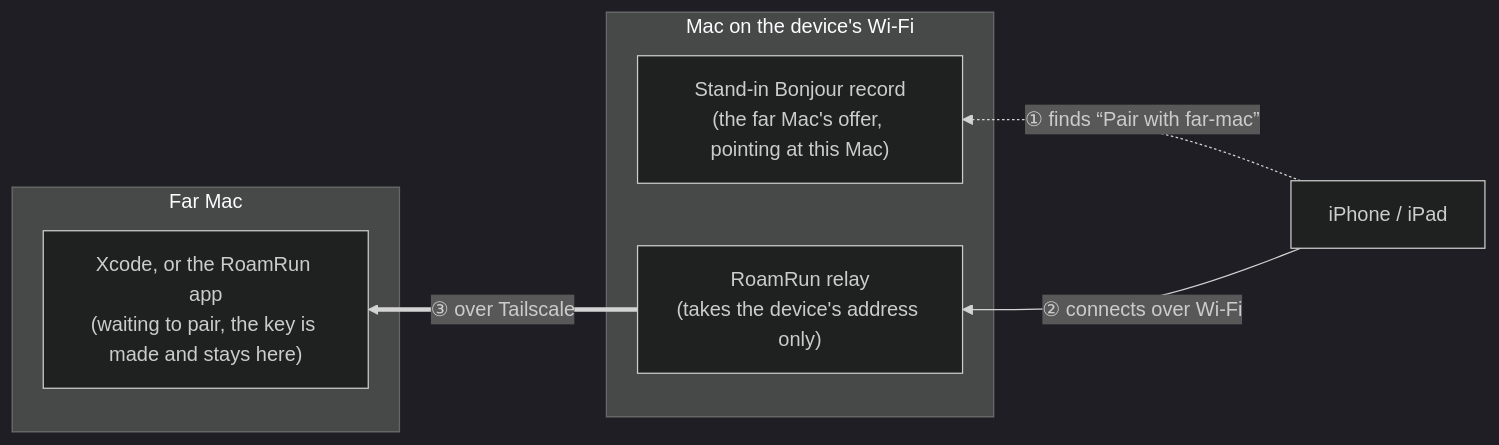
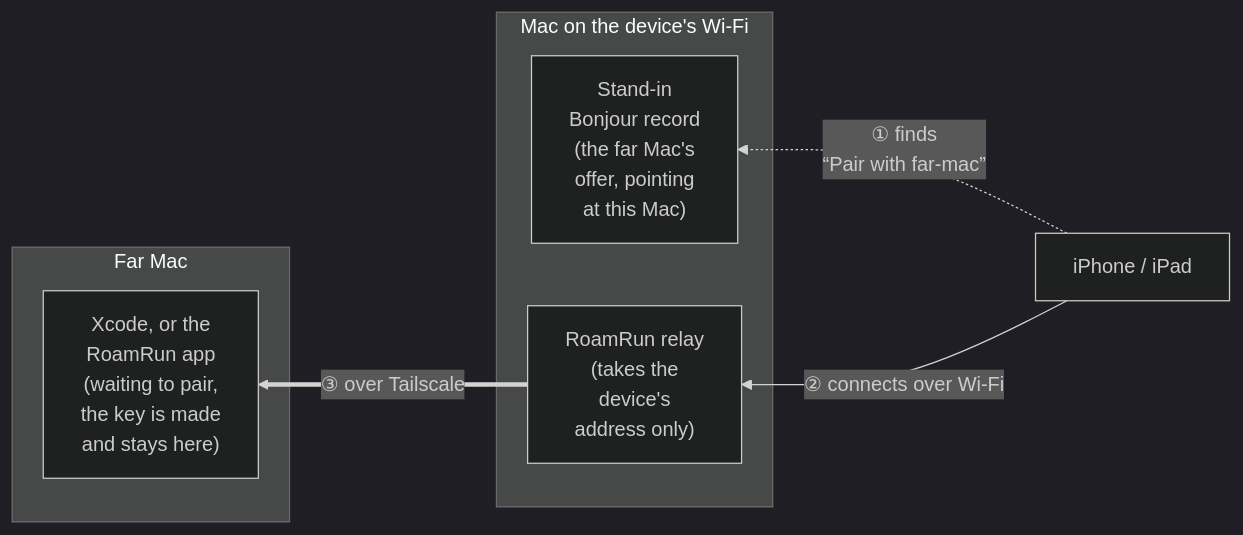
One commit to mh-mobile/RoamRun changed the third of 3 diagrams in docs/how-it-works.md. Above: the diagram before and after it, drawn with Mermaid (dark theme). The commit also changed 1 other file, not shown here.

Commit message:
docs/how-it-works: the far-Mac diagram's labels fit their boxes on GitHub
The same words, with line breaks.

````diff
--- a/docs/how-it-works.md
+++ b/docs/how-it-works.md
@@ -105,14 +105,14 @@
 ```mermaid
 flowchart RL
   subgraph home["Mac on the device's Wi-Fi"]
-    fake["Stand-in Bonjour record<br/>(the far Mac's offer, pointing at this Mac)"]
-    relay["RoamRun relay<br/>(takes the device's address only)"]
+    fake["Stand-in<br/>Bonjour record<br/>(the far Mac's<br/>offer, pointing<br/>at this Mac)"]
+    relay["RoamRun relay<br/>(takes the<br/>device's<br/>address only)"]
   end
   subgraph far["Far Mac"]
-    host["Xcode, or the RoamRun app<br/>(waiting to pair, the key is made and stays here)"]
+    host["Xcode, or the<br/>RoamRun app<br/>(waiting to pair,<br/>the key is made<br/>and stays here)"]
   end
   iphone["iPhone / iPad"]
-  iphone -. "① finds “Pair with far-mac”" .-> fake
+  iphone -. "① finds<br/>“Pair with far-mac”" .-> fake
   iphone -- "② connects over Wi-Fi" --> relay
   relay == "③ over Tailscale" ==> host
 ```
````
